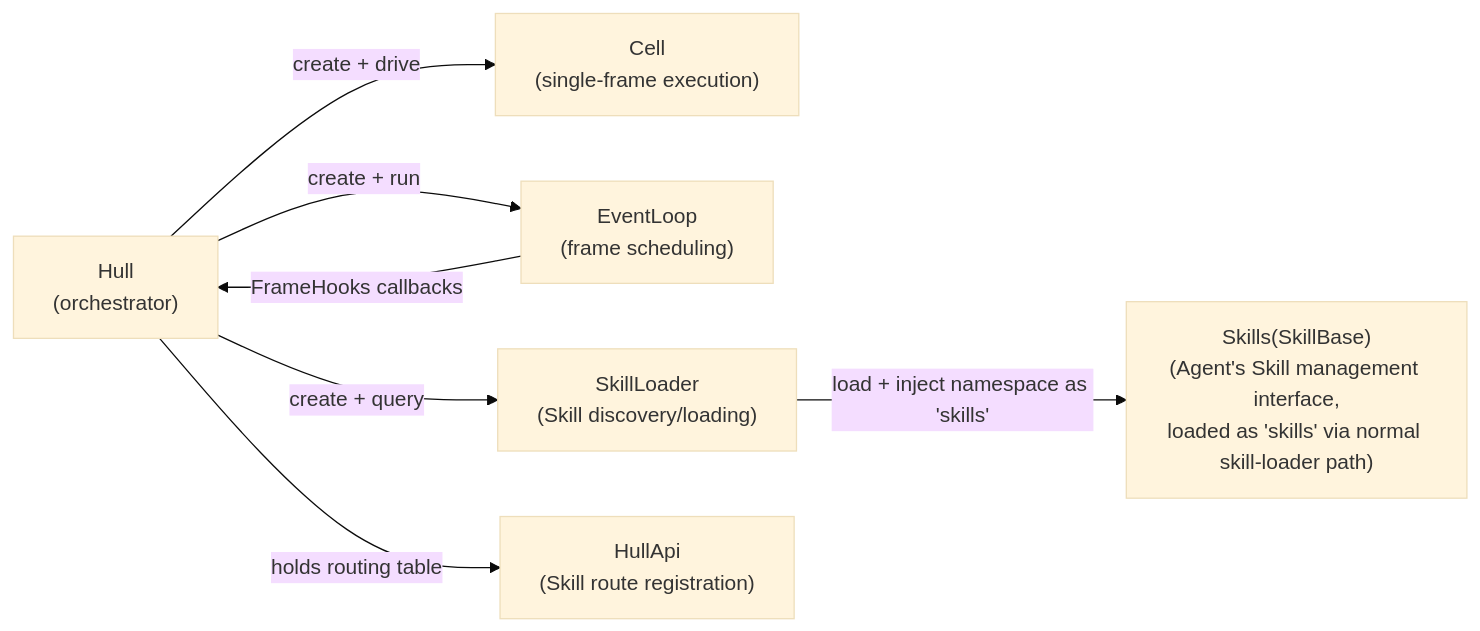
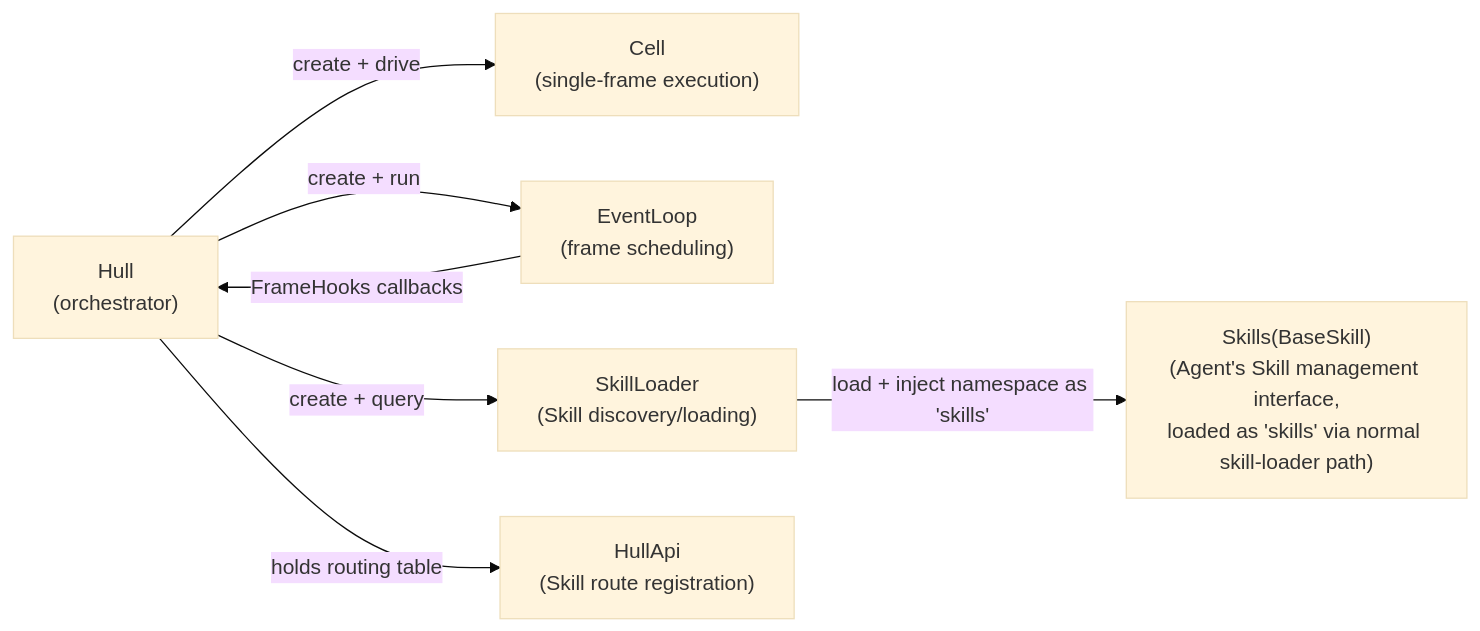
Before and after one commit to vessal-ai/vessal: the first of 3 diagrams in src/vessal/ark/shell/hull/CONTEXT.md, drawn with Mermaid (base theme). The commit also changed other lines of this file and 10 other files, not shown here.

````diff
--- a/src/vessal/ark/shell/hull/CONTEXT.md
+++ b/src/vessal/ark/shell/hull/CONTEXT.md
@@ -33,16 +33,16 @@
 ```mermaid
 graph LR
     Hull["Hull\n(orchestrator)"]
     Cell["Cell\n(single-frame execution)"]
     EL["EventLoop\n(frame scheduling)"]
     SM["SkillLoader\n(Skill discovery/loading)"]
-    Skills["Skills(SkillBase)\n(Agent's Skill management interface,\nloaded as 'skills' via normal skill-loader path)"]
+    Skills["Skills(BaseSkill)\n(Agent's Skill management interface,\nloaded as 'skills' via normal skill-loader path)"]
     HullApi["HullApi\n(Skill route registration)"]
 
     Hull -->|"create + drive"| Cell
     Hull -->|"create + run"| EL
     Hull -->|"create + query"| SM
     SM -->|"load + inject namespace as 'skills'"| Skills
     Hull -->|"holds routing table"| HullApi
     EL -->|"FrameHooks callbacks"| Hull
 ```
````
